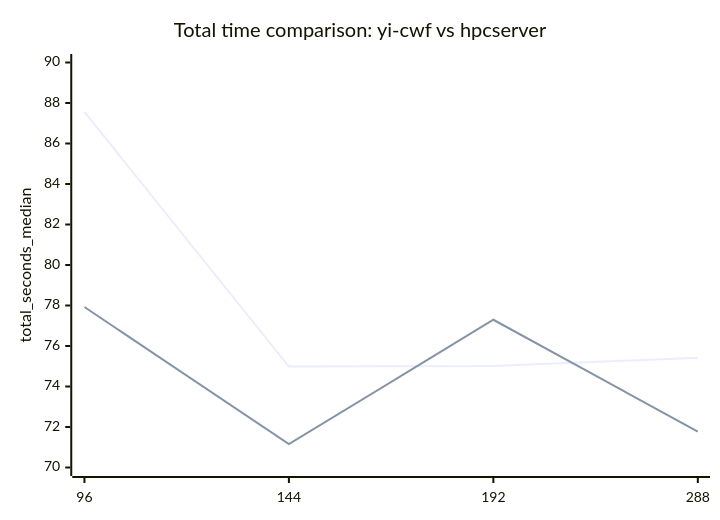
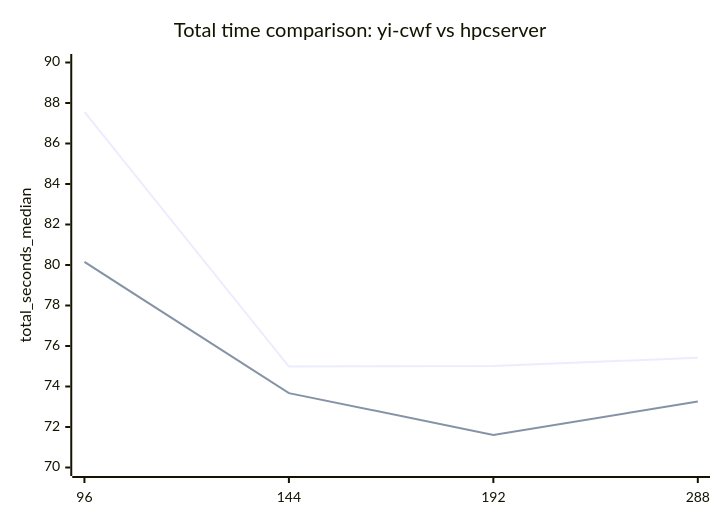
The second of 4 diagrams in docs/compare-yi-cwf-vs-hpcserver-scaling.md (bobjiang82/deepforest-cwf), drawn with Mermaid before and after one commit. The commit also changed other lines of this file and 7 other files, not shown here.

````diff
--- a/docs/compare-yi-cwf-vs-hpcserver-scaling.md
+++ b/docs/compare-yi-cwf-vs-hpcserver-scaling.md
@@ -65,8 +67,8 @@
 ```mermaid
 xychart-beta
     title "Total time comparison: yi-cwf vs hpcserver"
     x-axis [96, 144, 192, 288]
     y-axis "total_seconds_median" 70 --> 90
     line [87.559239, 74.984700, 75.017511, 75.413918]
-    line [77.926184, 71.152916, 77.295707, 71.775358]
+    line [80.152939, 73.673592, 71.610131, 73.254292]
 ```
````
